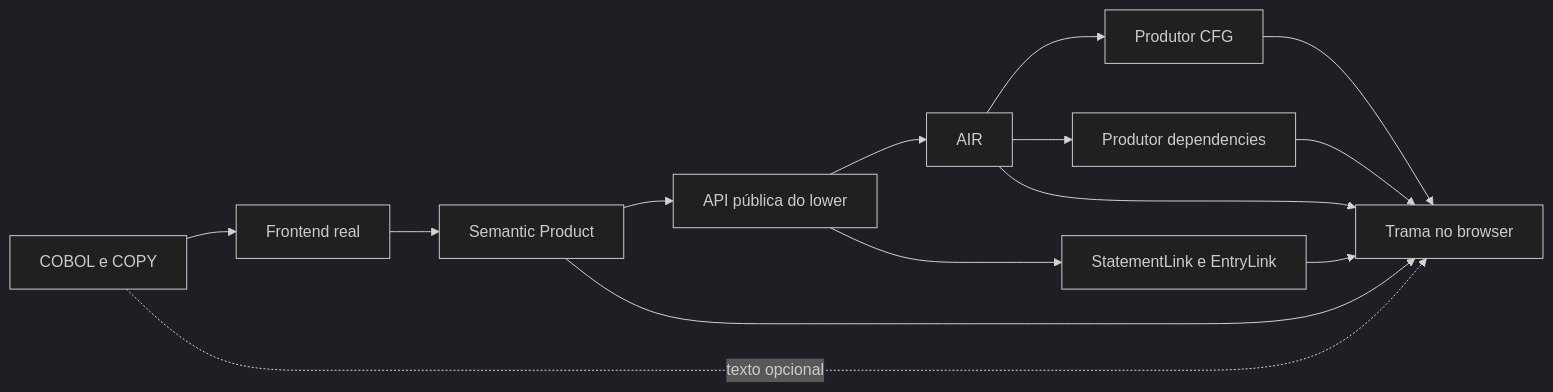
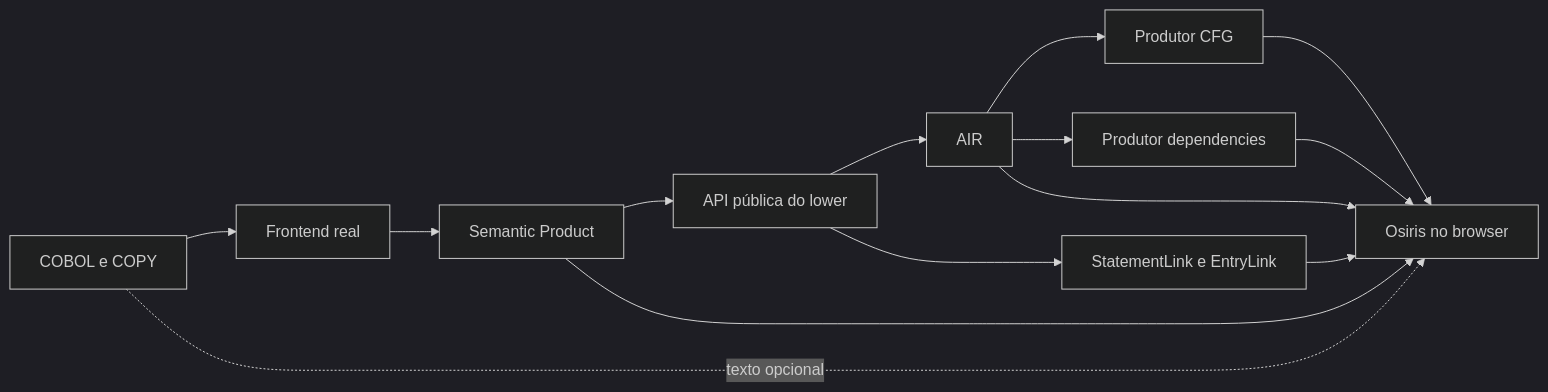
One commit to Gustavo2358/osiris changed the diagram in docs/ARCHITECTURE.md. Above: the diagram before and after it, drawn with Mermaid (dark theme). The commit also changed 9 other files, not shown here.

````diff
--- a/docs/ARCHITECTURE.md
+++ b/docs/ARCHITECTURE.md
@@ -7,16 +7,16 @@
 ```mermaid
 flowchart LR
   F[COBOL e COPY] --> P[Frontend real]
   P --> SP[Semantic Product]
   SP --> L[API pública do lower]
   L --> AIR[AIR]
   L --> LINKS[StatementLink e EntryLink]
   AIR --> C[Produtor CFG]
   AIR --> D[Produtor dependencies]
-  SP --> V[Trama no browser]
+  SP --> V[Osiris no browser]
   AIR --> V
   LINKS --> V
   C --> V
   D --> V
   F -. texto opcional .-> V
 ```
````
